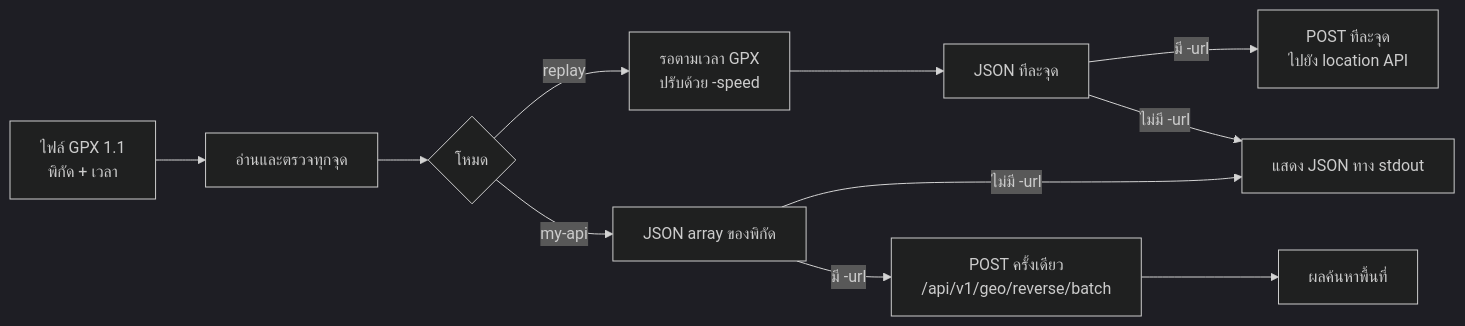
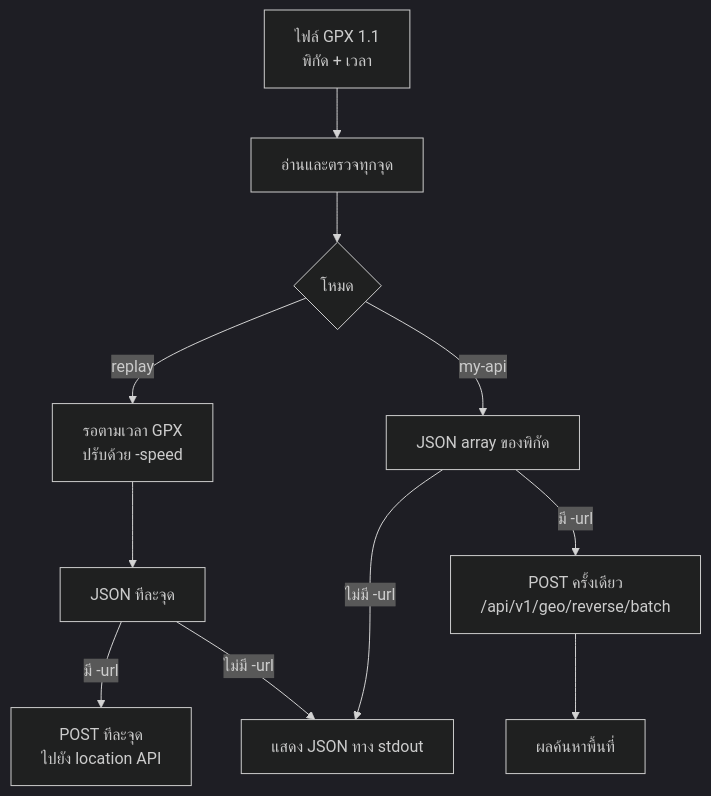
Before and after one commit to Kidpech-code/geo-replay: the diagram in README.md, drawn with Mermaid (dark theme).

Commit message:
Make README flow diagram easier to read

````diff
--- a/README.md
+++ b/README.md
@@ -20,13 +20,13 @@
 ```mermaid
-flowchart LR
+flowchart TD
     A["ไฟล์ GPX 1.1<br/>พิกัด + เวลา"] --> B["อ่านและตรวจทุกจุด"]
     B --> C{"โหมด"}
     C -->|replay| D["รอตามเวลา GPX<br/>ปรับด้วย -speed"]
     D --> E["JSON ทีละจุด"]
     E -->|มี -url| F["POST ทีละจุด<br/>ไปยัง location API"]
     C -->|my-api| G["JSON array ของพิกัด"]
     G -->|มี -url| H["POST ครั้งเดียว<br/>/api/v1/geo/reverse/batch"]
     H --> I["ผลค้นหาพื้นที่"]
     E -->|ไม่มี -url| J["แสดง JSON ทาง stdout"]
     G -->|ไม่มี -url| J
 ```
````
